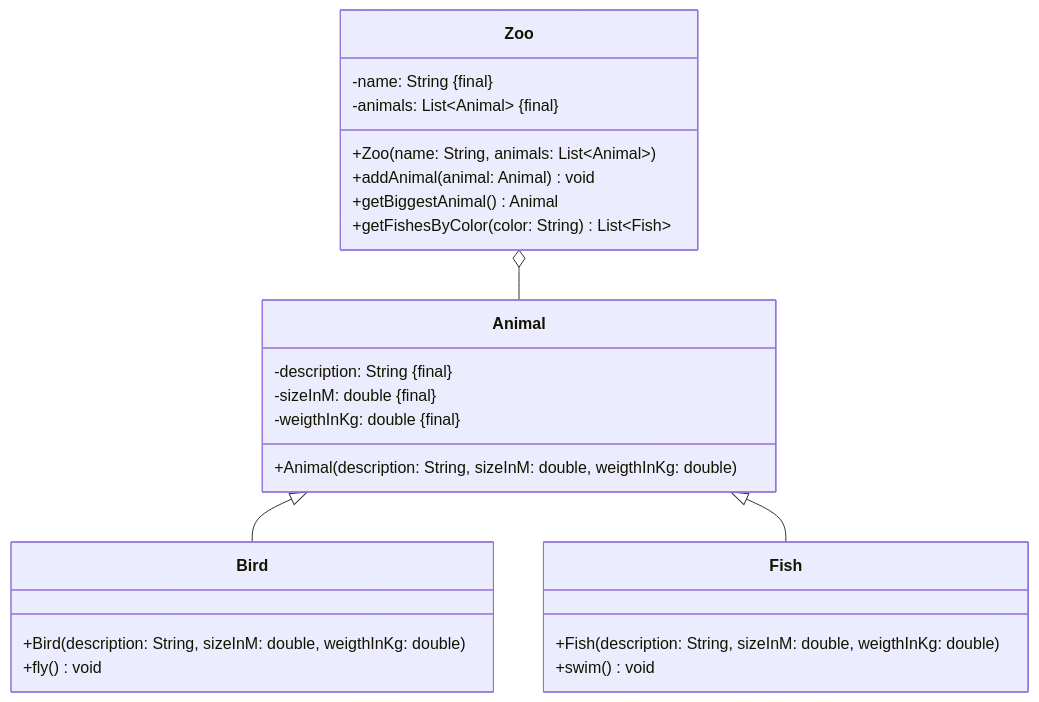
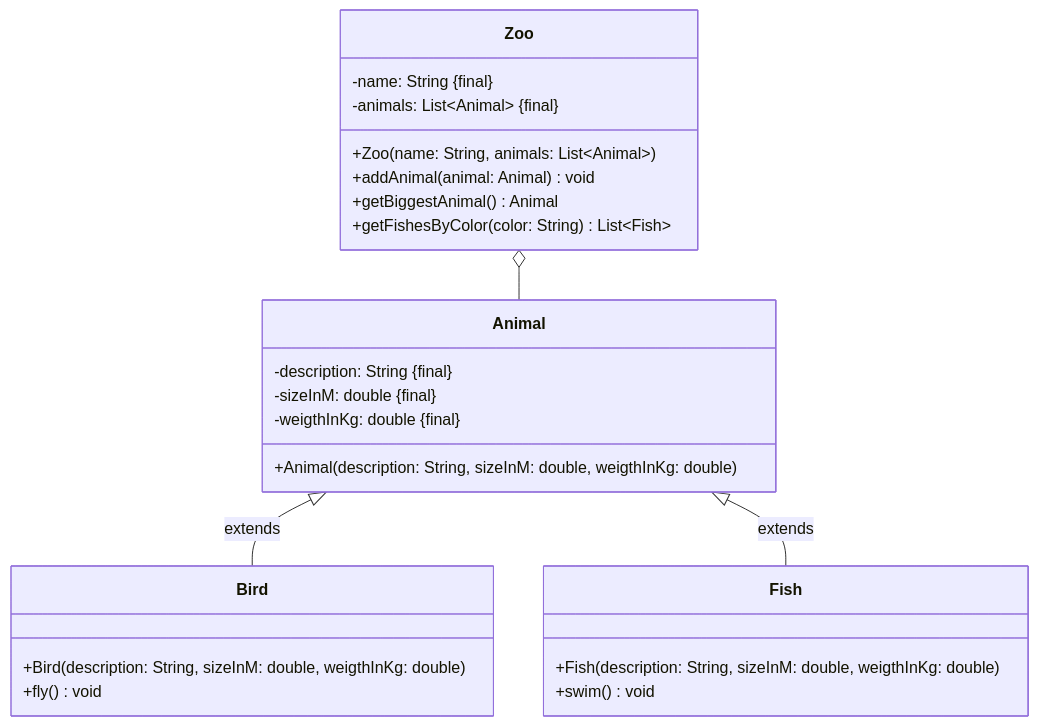
Before and after one commit to jappuccini/java-docs: the diagram in docs/exam-exercises/exam-exercises-java1/zoo.md, drawn with Mermaid. The commit also changed 36 other files, not shown here.

````diff
--- a/docs/exam-exercises/exam-exercises-java1/zoo.md
+++ b/docs/exam-exercises/exam-exercises-java1/zoo.md
@@ -12,32 +12,32 @@
 ```mermaid
 classDiagram
     Zoo o-- Animal
-    Animal <|-- Bird
-    Animal <|-- Fish
+    Animal <|-- Bird : extends
+    Animal <|-- Fish : extends
 
     class Zoo {
         -name: String &#123final&#125
         -animals: List~Animal~ &#123final&#125
         +Zoo(name: String, animals: List~Animal~)
         +addAnimal(animal: Animal) void
         +getBiggestAnimal() Animal
         +getFishesByColor(color: String) List~Fish~
     }
 
     class Animal {
         -description: String &#123final&#125
         -sizeInM: double &#123final&#125
         -weigthInKg: double &#123final&#125
         +Animal(description: String, sizeInM: double, weigthInKg: double)
     }
 
     class Bird {
         +Bird(description: String, sizeInM: double, weigthInKg: double)
         +fly() void
     }
 
     class Fish {
         +Fish(description: String, sizeInM: double, weigthInKg: double)
         +swim() void
     }
 ```
````
